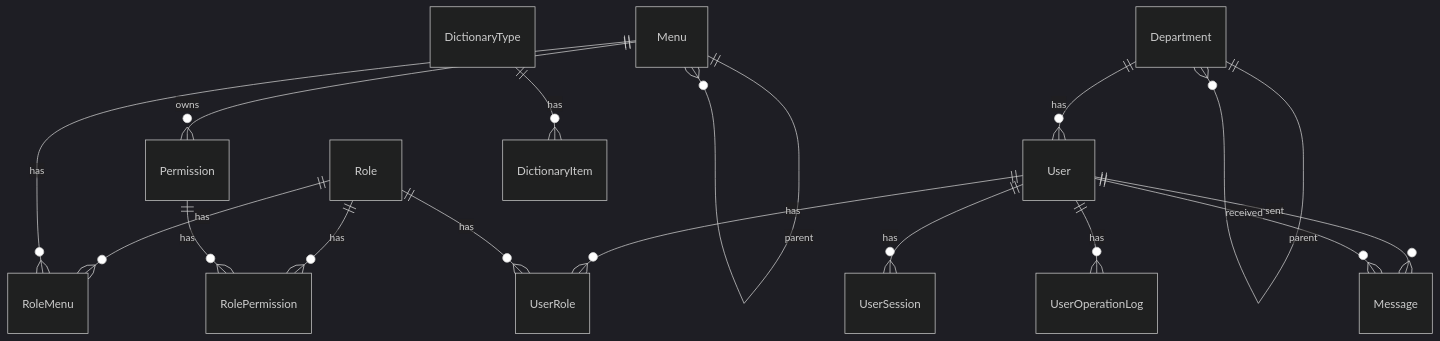
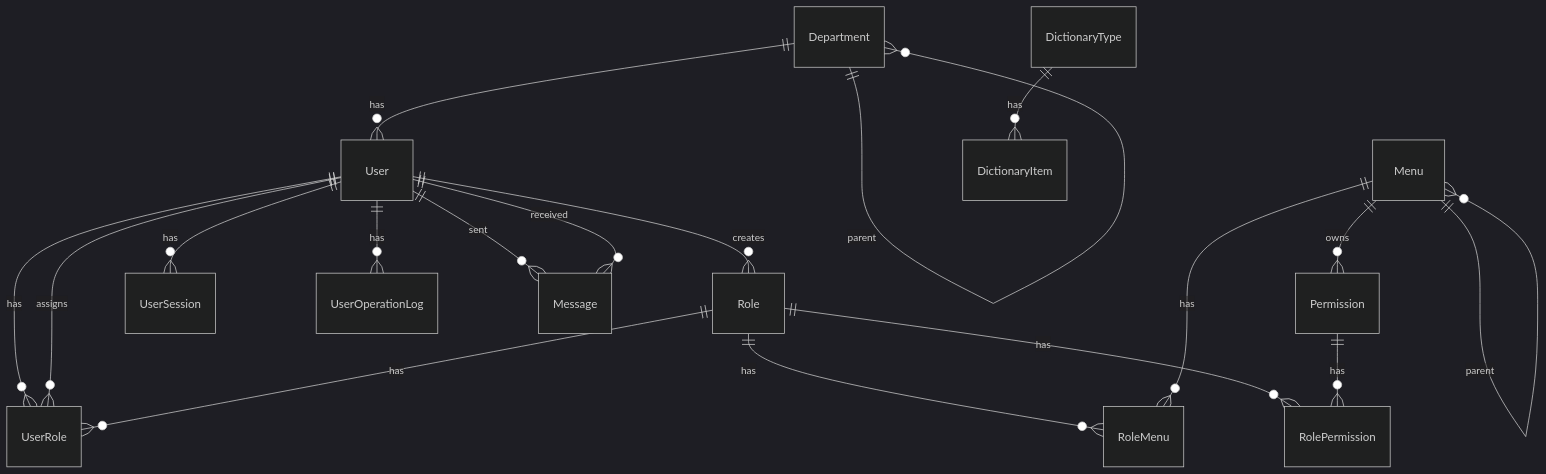
One commit to xzz2021/admin changed the diagram in docs/database/database-design.md. Above: the diagram before and after it, drawn with Mermaid (dark theme). The commit also changed other lines of this file and 34 other files, not shown here.

Commit message:
perf(server): 优化部分schema定义

````diff
--- a/docs/database/database-design.md
+++ b/docs/database/database-design.md
@@ -7,18 +7,20 @@
 ```mermaid
 erDiagram
   User ||--o{ UserRole : has
+  User ||--o{ Role : creates
+  User ||--o{ UserRole : assigns
   Role ||--o{ UserRole : has
   Role ||--o{ RoleMenu : has
   Menu ||--o{ RoleMenu : has
   Role ||--o{ RolePermission : has
   Permission ||--o{ RolePermission : has
   Menu ||--o{ Permission : owns
   Menu ||--o{ Menu : parent
   Department ||--o{ Department : parent
   Department ||--o{ User : has
   DictionaryType ||--o{ DictionaryItem : has
   User ||--o{ UserSession : has
   User ||--o{ UserOperationLog : has
   User ||--o{ Message : sent
   User ||--o{ Message : received
 ```
````
